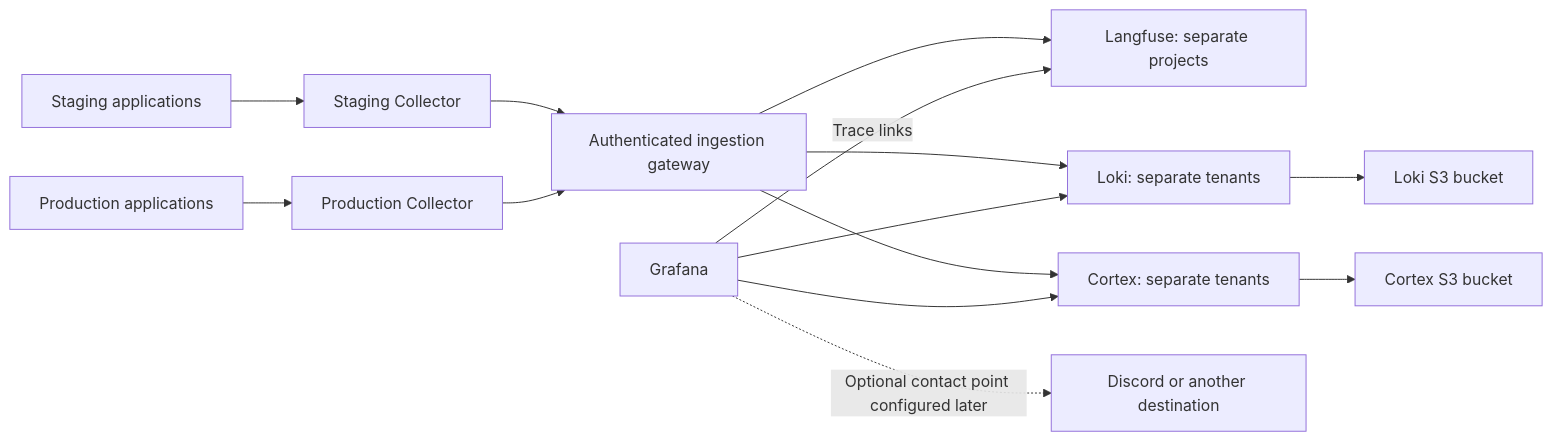
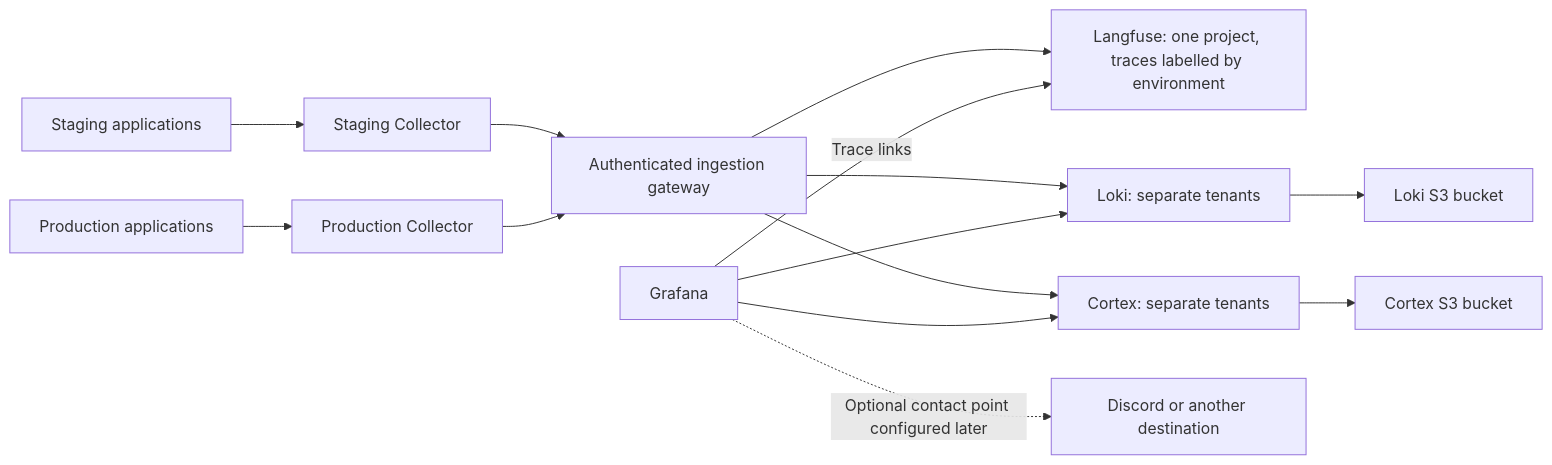
One commit to the-liems/relohome changed the diagram in docs/runbooks/observability.md. Above: the diagram before and after it, drawn with Mermaid. The commit also changed other lines of this file and 4 other files, not shown here.

First line of the commit message:
chore(observability): use one Langfuse project for both environments

````diff
--- a/docs/runbooks/observability.md
+++ b/docs/runbooks/observability.md
@@ -10,16 +10,16 @@
 ```mermaid
 flowchart LR
     S[Staging applications] --> SC[Staging Collector]
     P[Production applications] --> PC[Production Collector]
     SC --> G[Authenticated ingestion gateway]
     PC --> G
-    G --> LF[Langfuse: separate projects]
+    G --> LF[Langfuse: one project, traces labelled by environment]
     G --> L[Loki: separate tenants]
     G --> M[Cortex: separate tenants]
     M --> CS3[Cortex S3 bucket]
     L --> LS3[Loki S3 bucket]
     F[Grafana] --> M
     F --> L
     F -->|Trace links| LF
     F -. Optional contact point configured later .-> D[Discord or another destination]
 ```
````
